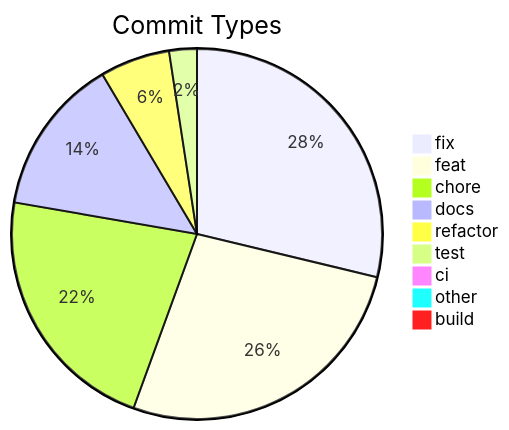
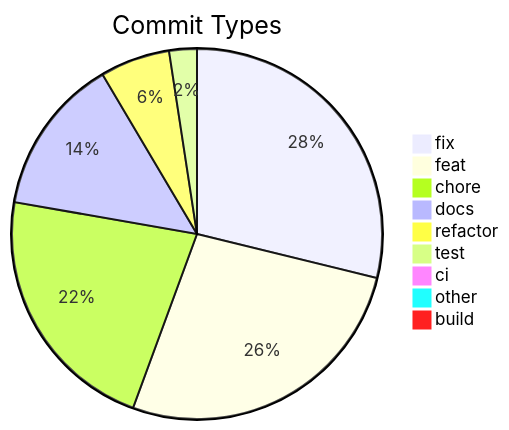
The diagram in .shipwright/compliance/change-history.md (svenroth-ai/shipwright), drawn with Mermaid before and after one commit. The commit also changed other lines of this file and 9 other files, not shown here.

````diff
--- a/.shipwright/compliance/change-history.md
+++ b/.shipwright/compliance/change-history.md
@@ -8,12 +8,12 @@
 ```mermaid
 pie title Commit Types
-    "fix" : 297
+    "fix" : 298
     "feat" : 277
     "chore" : 229
     "docs" : 142
     "refactor" : 63
     "test" : 25
     "ci" : 7
     "other" : 7
     "build" : 1
 ```
````
